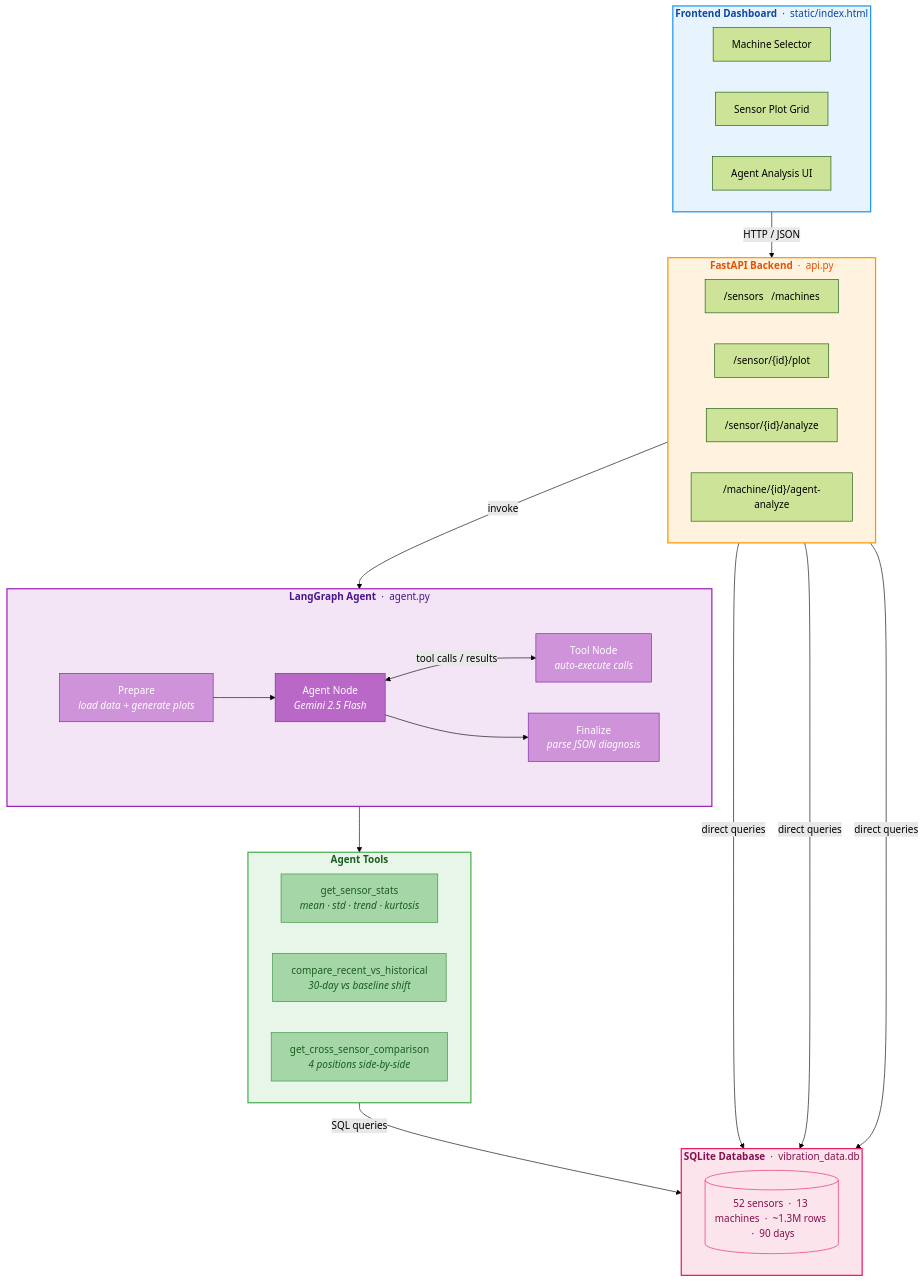
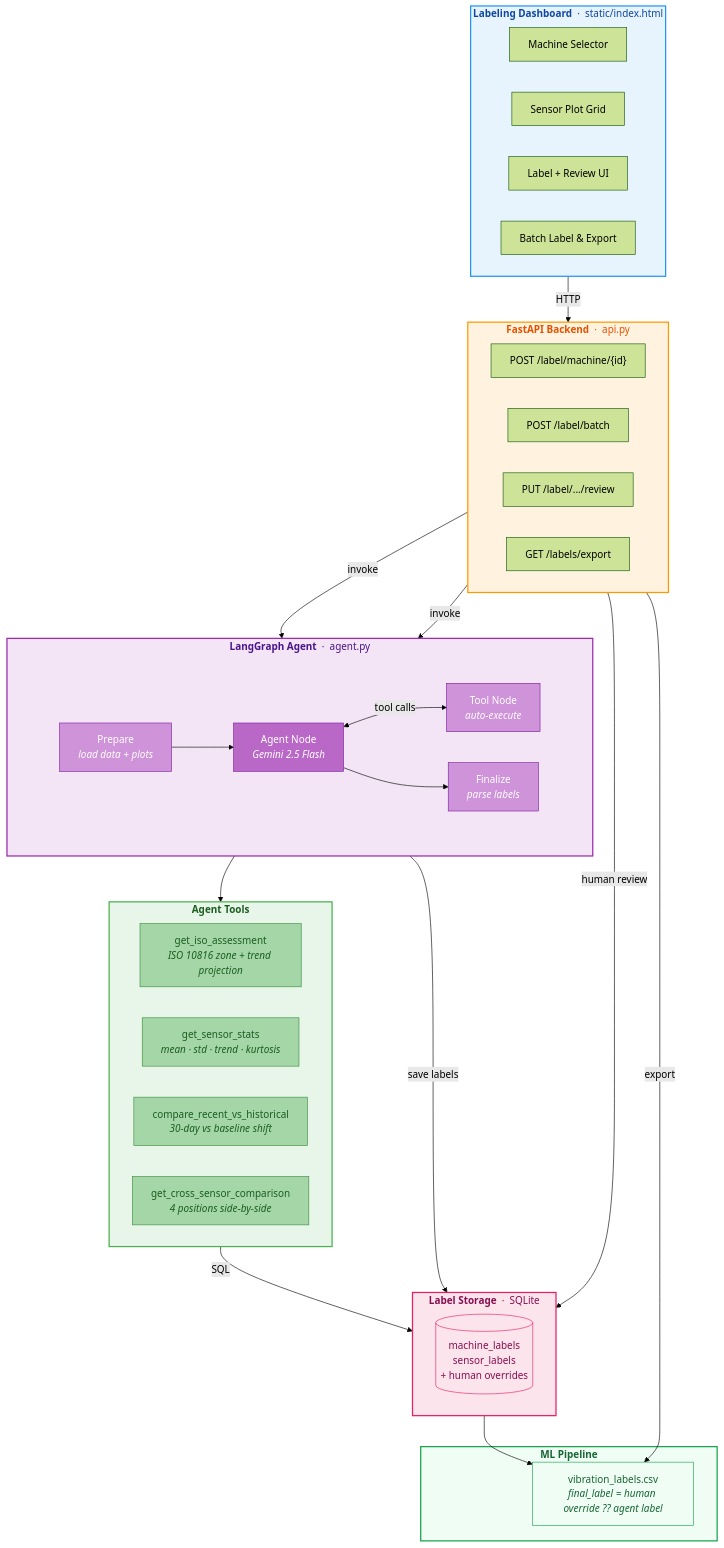
Before and after one commit to phanidhirajpadimiti/Vib_Analysis: the first of 2 diagrams in README.md, drawn with Mermaid (forest theme). The commit also changed other lines of this file and 9 other files, not shown here.

First line of the commit message:
Reframe as agentic data labeling tool with ISO 10816 and human review

````diff
--- a/README.md
+++ b/README.md
@@ -9,66 +11,78 @@
 ```mermaid
 flowchart TB
-    subgraph FRONTEND["<b>Frontend Dashboard</b> &nbsp;·&nbsp; static/index.html"]
+    subgraph FRONTEND["<b>Labeling Dashboard</b> &nbsp;·&nbsp; static/index.html"]
         direction LR
         F1["Machine Selector"]
         F2["Sensor Plot Grid"]
-        F3["Agent Analysis UI"]
+        F3["Label + Review UI"]
+        F4["Batch Label &amp; Export"]
     end
 
     subgraph API["<b>FastAPI Backend</b> &nbsp;·&nbsp; api.py"]
         direction LR
-        R1["/sensors &nbsp; /machines"]
-        R2["/sensor/{id}/plot"]
-        R3["/sensor/{id}/analyze"]
-        R4["/machine/{id}/agent-analyze"]
+        R1["POST /label/machine/{id}"]
+        R2["POST /label/batch"]
+        R3["PUT /label/.../review"]
+        R4["GET /labels/export"]
     end
 
     subgraph AGENT["<b>LangGraph Agent</b> &nbsp;·&nbsp; agent.py"]
         direction TB
         subgraph GRAPH[" "]
             direction LR
-            P["Prepare<br/><i>load data + generate plots</i>"]
+            P["Prepare<br/><i>load data + plots</i>"]
             LLM["Agent Node<br/><i>Gemini 2.5 Flash</i>"]
-            TN["Tool Node<br/><i>auto-execute calls</i>"]
-            FIN["Finalize<br/><i>parse JSON diagnosis</i>"]
+            TN["Tool Node<br/><i>auto-execute</i>"]
+            FIN["Finalize<br/><i>parse labels</i>"]
         end
     end
 
     subgraph TOOLS["<b>Agent Tools</b>"]
         direction LR
-        T1["get_sensor_stats<br/><i>mean · std · trend · kurtosis</i>"]
-        T2["compare_recent_vs_historical<br/><i>30-day vs baseline shift</i>"]
-        T3["get_cross_sensor_comparison<br/><i>4 positions side-by-side</i>"]
+        T1["get_iso_assessment<br/><i>ISO 10816 zone + trend projection</i>"]
+        T2["get_sensor_stats<br/><i>mean · std · trend · kurtosis</i>"]
+        T3["compare_recent_vs_historical<br/><i>30-day vs baseline shift</i>"]
+        T4["get_cross_sensor_comparison<br/><i>4 positions side-by-side</i>"]
     end
 
-    subgraph DATA["<b>SQLite Database</b> &nbsp;·&nbsp; vibration_data.db"]
+    subgraph STORE["<b>Label Storage</b> &nbsp;·&nbsp; SQLite"]
         direction LR
-        DB[("52 sensors &nbsp;·&nbsp; 13 machines &nbsp;·&nbsp; ~1.3M rows &nbsp;·&nbsp; 90 days")]
+        DB[("machine_labels<br/>sensor_labels<br/>+ human overrides")]
     end
 
-    FRONTEND -- "HTTP / JSON" --> API
-    R4 -- "invoke" --> AGENT
+    subgraph EXPORT["<b>ML Pipeline</b>"]
+        CSV["vibration_labels.csv<br/><i>final_label = human override ?? agent label</i>"]
+    end
+
+    FRONTEND -- "HTTP" --> API
+    R1 & R2 -- "invoke" --> AGENT
     P --> LLM
-    LLM <-- "tool calls / results" --> TN
+    LLM <-- "tool calls" --> TN
     LLM --> FIN
     TN --> TOOLS
-    TOOLS -- "SQL queries" --> DATA
-    R1 & R2 & R3 -- "direct queries" --> DATA
+    TOOLS -- "SQL" --> STORE
+    FIN -- "save labels" --> STORE
+    R3 -- "human review" --> STORE
+    R4 -- "export" --> CSV
+    STORE --> CSV
 
     style FRONTEND fill:#e8f4fd,stroke:#2196f3,stroke-width:2px,color:#0d47a1
     style API fill:#fff3e0,stroke:#ff9800,stroke-width:2px,color:#e65100
     style AGENT fill:#f3e5f5,stroke:#9c27b0,stroke-width:2px,color:#4a148c
     style GRAPH fill:#f3e5f5,stroke:none
     style TOOLS fill:#e8f5e9,stroke:#4caf50,stroke-width:2px,color:#1b5e20
-    style DATA fill:#fce4ec,stroke:#e91e63,stroke-width:2px,color:#880e4f
+    style STORE fill:#fce4ec,stroke:#e91e63,stroke-width:2px,color:#880e4f
+    style EXPORT fill:#f0fdf4,stroke:#16a34a,stroke-width:2px,color:#166534
     style DB fill:#fce4ec,stroke:#e91e63,color:#880e4f
+    style CSV fill:#f0fdf4,stroke:#16a34a,color:#166534
 
     style P fill:#ce93d8,stroke:#7b1fa2,color:#fff
     style LLM fill:#ba68c8,stroke:#7b1fa2,color:#fff
     style TN fill:#ce93d8,stroke:#7b1fa2,color:#fff
     style FIN fill:#ce93d8,stroke:#7b1fa2,color:#fff
 
     style T1 fill:#a5d6a7,stroke:#388e3c,color:#1b5e20
     style T2 fill:#a5d6a7,stroke:#388e3c,color:#1b5e20
     style T3 fill:#a5d6a7,stroke:#388e3c,color:#1b5e20
+    style T4 fill:#a5d6a7,stroke:#388e3c,color:#1b5e20
 ```
````
